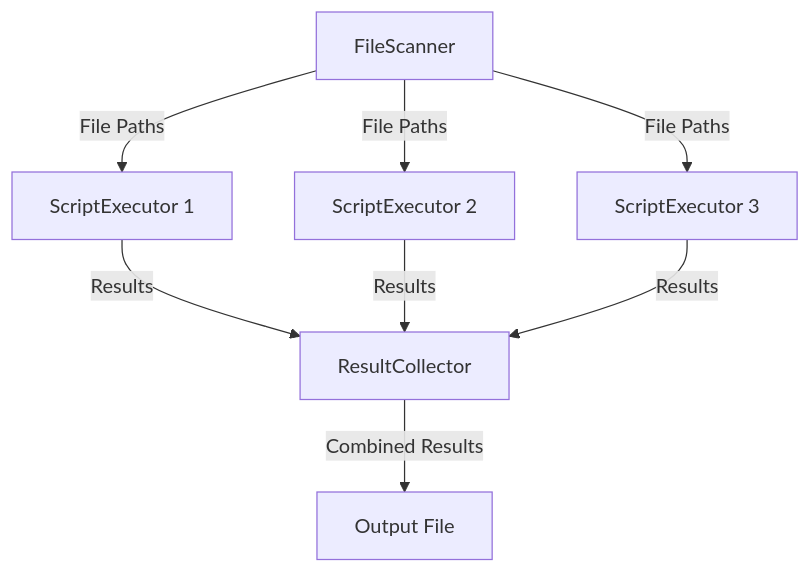
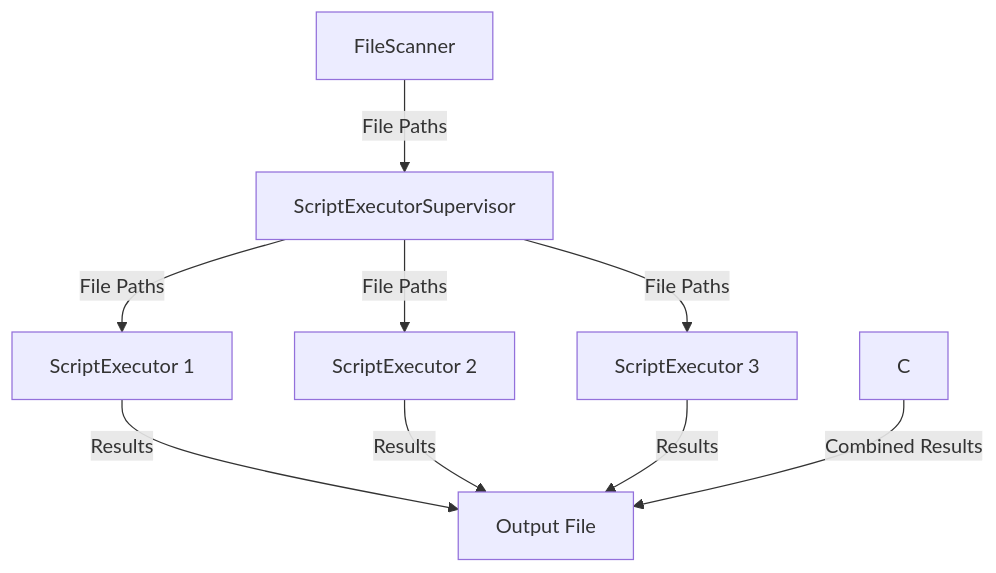
One commit to edu-samples/elixir-map-reduce-edu-filebased changed the first of 2 diagrams in diagram.md. Above: the diagram before and after it, drawn with Mermaid. The commit also changed other lines of this file and 1 other file, not shown here.

Commit message:
docs: update README and diagram to reflect worker pool implementation

````diff
--- a/diagram.md
+++ b/diagram.md
@@ -5,10 +5,11 @@
 ```mermaid
 graph TD
-    A[FileScanner] -->|File Paths| B1[ScriptExecutor 1]
-    A -->|File Paths| B2[ScriptExecutor 2]
-    A -->|File Paths| B3[ScriptExecutor 3]
-    B1 -->|Results| C[ResultCollector]
-    B2 -->|Results| C
-    B3 -->|Results| C
+    A[FileScanner] -->|File Paths| B[ScriptExecutorSupervisor]
+    B -->|File Paths| C1[ScriptExecutor 1]
+    B -->|File Paths| C2[ScriptExecutor 2]
+    B -->|File Paths| C3[ScriptExecutor 3]
+    C1 -->|Results| D[ResultCollector]
+    C2 -->|Results| D
+    C3 -->|Results| D
     C -->|Combined Results| D[Output File]
 ```
````
